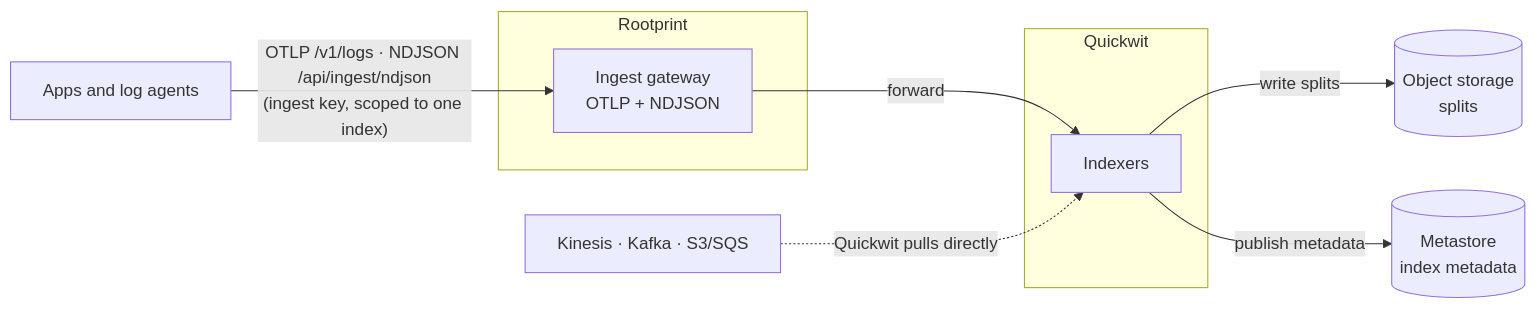
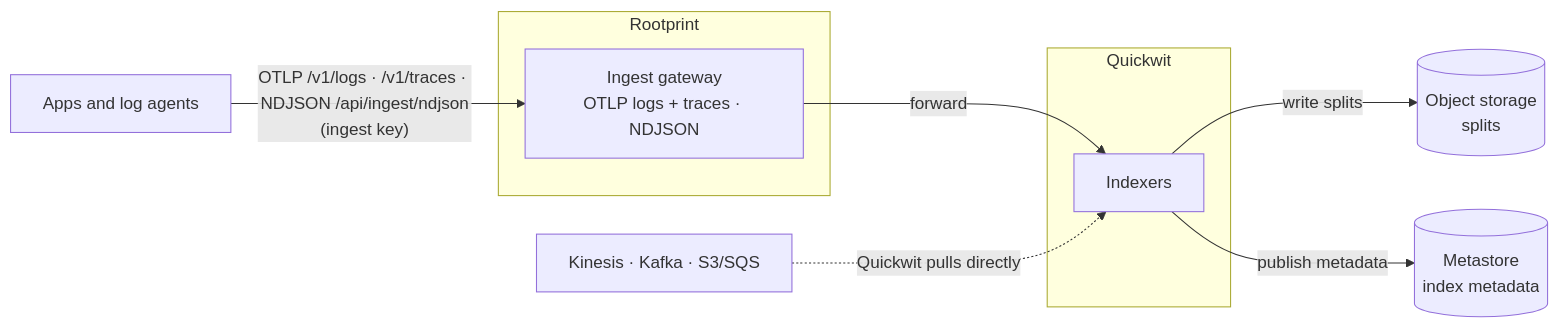
The first of 2 diagrams in architecture.mdx (rootprint/docs.rootprint.io), drawn with Mermaid before and after one commit. The commit also changed other lines of this file and 18 other files, not shown here.

````diff
--- a/architecture.mdx
+++ b/architecture.mdx
@@ -23,19 +23,19 @@
 ```mermaid
 flowchart LR
     apps[Apps and log agents]
     pull[Kinesis · Kafka · S3/SQS]
     subgraph rp[Rootprint]
-        gw["Ingest gateway<br/>OTLP + NDJSON"]
+        gw["Ingest gateway<br/>OTLP logs + traces · NDJSON"]
     end
     subgraph qw[Quickwit]
         idx[Indexers]
     end
     store[("Object storage<br/>splits")]
     meta[("Metastore<br/>index metadata")]
 
-    apps -->|"OTLP /v1/logs · NDJSON /api/ingest/ndjson<br/>(ingest key, scoped to one index)"| gw
+    apps -->|"OTLP /v1/logs · /v1/traces · NDJSON /api/ingest/ndjson<br/>(ingest key)"| gw
     gw -->|forward| idx
     pull -.->|Quickwit pulls directly| idx
     idx -->|write splits| store
     idx -->|publish metadata| meta
 ```
````
